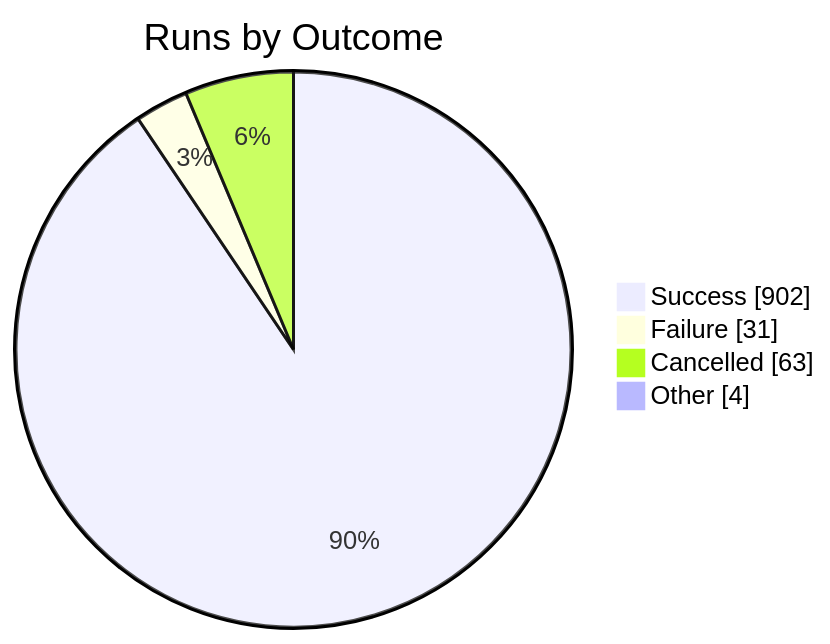
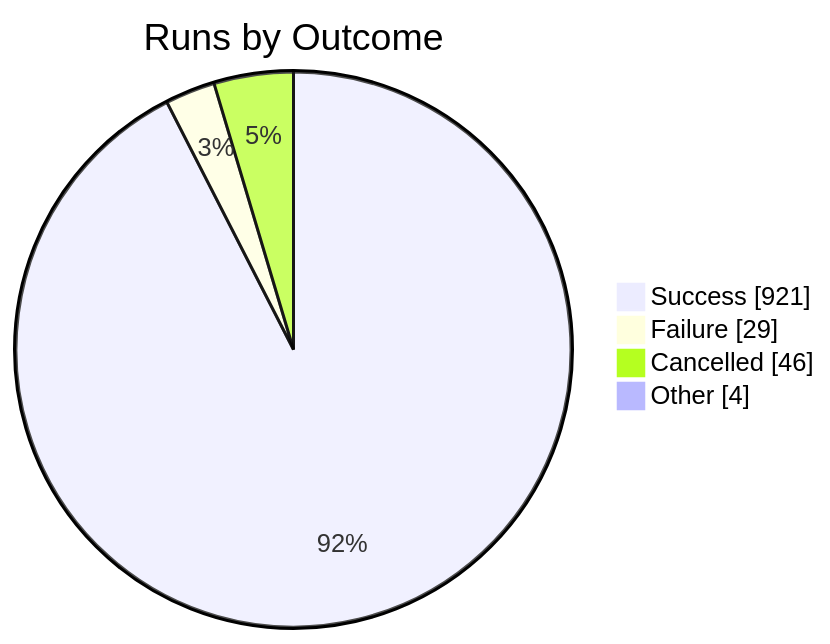
Before and after one commit to KBVE/kbve: the first of 2 diagrams in apps/kbve/astro-kbve/src/content/docs/dashboard/ci-health.mdx, drawn with Mermaid. The commit also changed other lines of this file and 1 other file, not shown here.

````diff
--- a/apps/kbve/astro-kbve/src/content/docs/dashboard/ci-health.mdx
+++ b/apps/kbve/astro-kbve/src/content/docs/dashboard/ci-health.mdx
@@ -189,8 +189,8 @@
 ```mermaid
 pie showData
     title Runs by Outcome
-    "Success" : 902
-    "Failure" : 31
-    "Cancelled" : 63
+    "Success" : 921
+    "Failure" : 29
+    "Cancelled" : 46
     "Other" : 4
 ```
````
